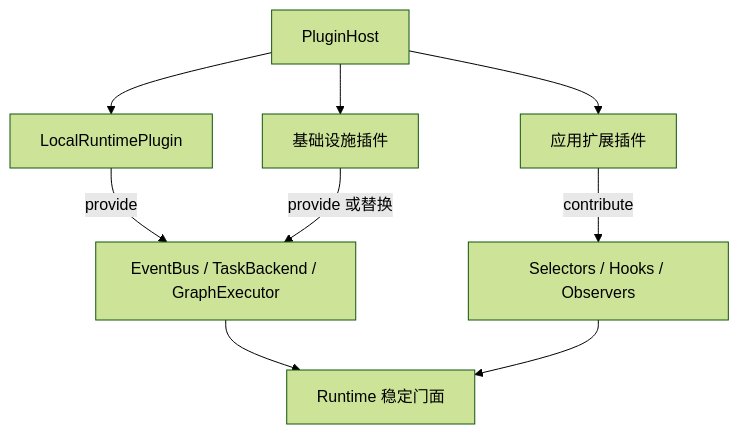
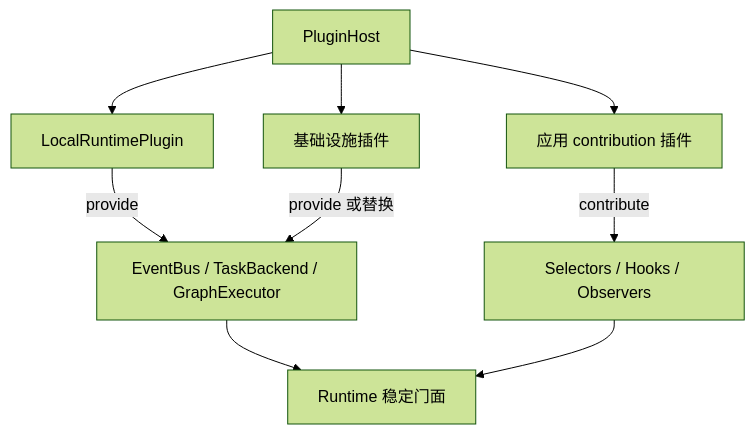
One commit to KKKKKKKEM/interlace changed the first of 3 diagrams in docs/07-plugins.md. Above: the diagram before and after it, drawn with Mermaid (forest theme). The commit also changed other lines of this file and 29 other files, not shown here.

Commit message:
refactor: separate runtime architecture packages

````diff
--- a/docs/07-plugins.md
+++ b/docs/07-plugins.md
@@ -42,16 +43,16 @@
 ```mermaid
 flowchart TB
     Host[PluginHost]
     Local[LocalRuntimePlugin]
     Infra[基础设施插件]
-    Feature[应用扩展插件]
+    Feature[应用 contribution 插件]
 
     Host --> Local
     Host --> Infra
     Host --> Feature
     Local -->|provide| CoreCaps[EventBus / TaskBackend / GraphExecutor]
     Infra -->|provide 或替换| CoreCaps
-    Feature -->|contribute| Extensions[Selectors / Hooks / Observers]
+    Feature -->|contribute| Contributions[Selectors / Hooks / Observers]
     CoreCaps --> Runtime[Runtime 稳定门面]
-    Extensions --> Runtime
+    Contributions --> Runtime
 ```
````
